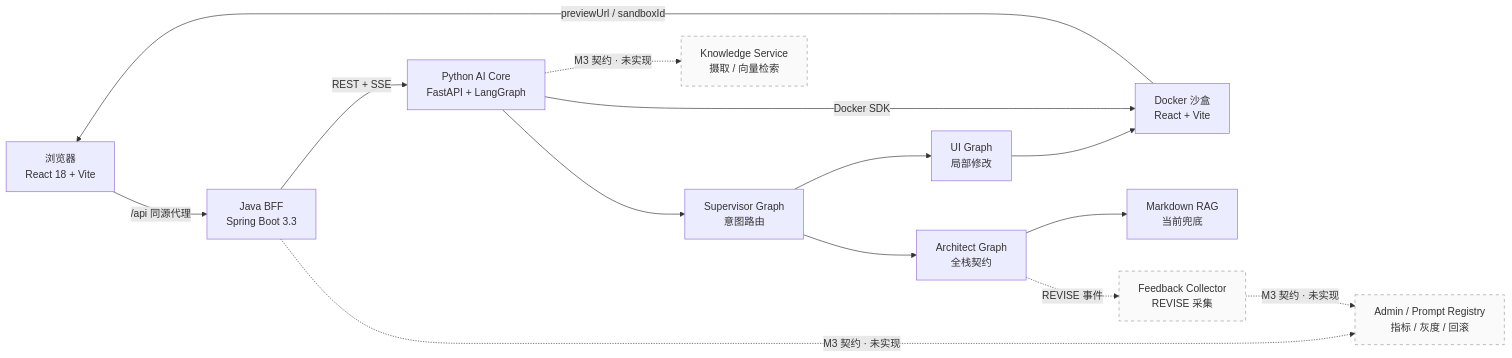
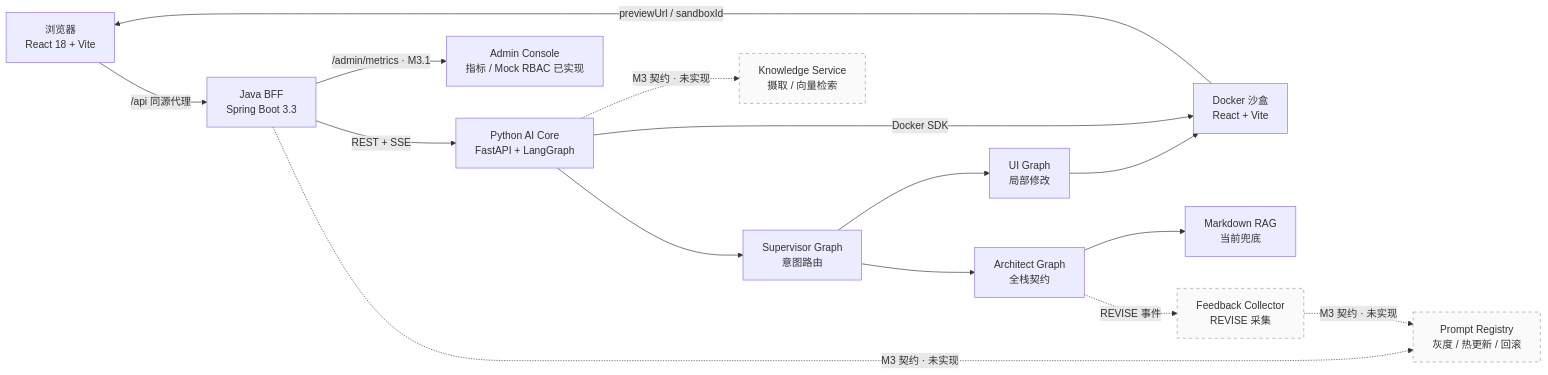
The diagram in PROJECT_STATUS.md (Cai199999/vibe-platform), drawn with Mermaid before and after one commit. The commit also changed other lines of this file and 32 other files, not shown here.

Commit message:
feat: M3.1 管理中台入口、Mock RBAC 与指标看板

````diff
--- a/PROJECT_STATUS.md
+++ b/PROJECT_STATUS.md
@@ -55,18 +56,19 @@
 ```mermaid
 flowchart LR
     U["浏览器<br/>React 18 + Vite"] -->|"/api 同源代理"| B["Java BFF<br/>Spring Boot 3.3"]
     B -->|"REST + SSE"| P["Python AI Core<br/>FastAPI + LangGraph"]
     P --> S["Supervisor Graph<br/>意图路由"]
     S --> UI["UI Graph<br/>局部修改"]
     S --> AR["Architect Graph<br/>全栈契约"]
     UI --> D["Docker 沙盒<br/>React + Vite"]
     AR --> R["Markdown RAG<br/>当前兜底"]
     D -->|"previewUrl / sandboxId"| U
     P -->|"Docker SDK"| D
     P -.->|"M3 契约 · 未实现"| K["Knowledge Service<br/>摄取 / 向量检索"]
-    B -.->|"M3 契约 · 未实现"| ADM["Admin / Prompt Registry<br/>指标 / 灰度 / 回滚"]
-    FB["Feedback Collector<br/>REVISE 采集"] -.->|"M3 契约 · 未实现"| ADM
+    B -->|"/admin/metrics · M3.1"| ADM["Admin Console<br/>指标 / Mock RBAC 已实现"]
+    B -.->|"M3 契约 · 未实现"| PR["Prompt Registry<br/>灰度 / 热更新 / 回滚"]
+    FB["Feedback Collector<br/>REVISE 采集"] -.->|"M3 契约 · 未实现"| PR
     AR -.->|"REVISE 事件"| FB
     classDef future stroke-dasharray: 5 5,stroke:#999,fill:#fafafa;
-    class K,ADM,FB future;
+    class K,PR,FB future;
 ```
````
